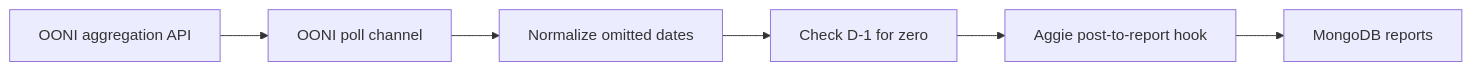
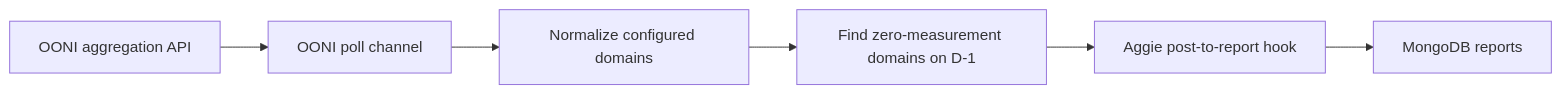
The diagram in docs/everythingaboutooni.md (InetIntel/Aggie), drawn with Mermaid before and after one commit. The commit also changed other lines of this file and 13 other files, not shown here.

````diff
--- a/docs/everythingaboutooni.md
+++ b/docs/everythingaboutooni.md
@@ -18,8 +18,8 @@
 ```mermaid
 flowchart LR
     A[OONI aggregation API] --> B[OONI poll channel]
-    B --> C[Normalize omitted dates]
-    C --> D[Check D-1 for zero]
+  B --> C[Normalize configured domains]
+  C --> D[Find zero-measurement domains on D-1]
     D --> E[Aggie post-to-report hook]
     E --> F[MongoDB reports]
 ```
````
